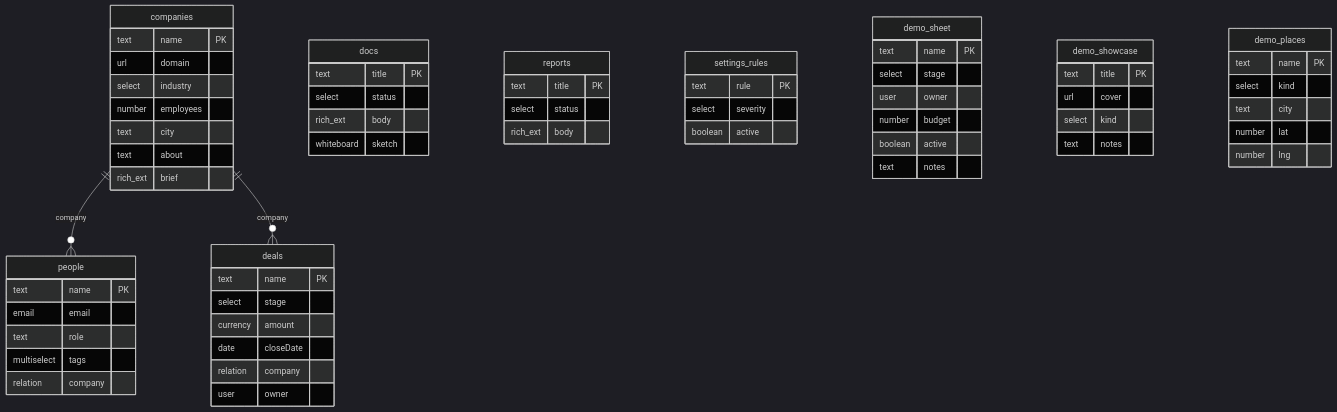
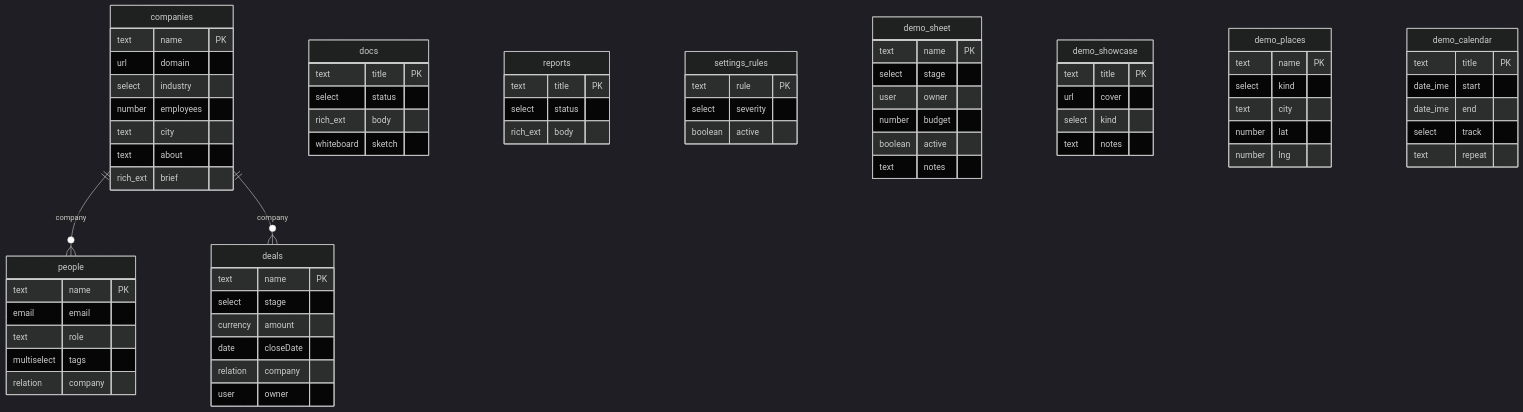
One commit to achammah/nexus-app-starter changed the diagram in docs/DATA-MODEL.md. Above: the diagram before and after it, drawn with Mermaid (dark theme). The commit also changed other lines of this file and 21 other files, not shown here.

````diff
--- a/docs/DATA-MODEL.md
+++ b/docs/DATA-MODEL.md
@@ -7,66 +7,73 @@
 ```mermaid
 erDiagram
   companies {
     text name "PK"
     url domain
     select industry
     number employees
     text city
     text about
     rich_ext brief
   }
   people {
     text name "PK"
     email email
     text role
     multiselect tags
     relation company
   }
   deals {
     text name "PK"
     select stage
     currency amount
     date closeDate
     relation company
     user owner
   }
   docs {
     text title "PK"
     select status
     rich_ext body
     whiteboard sketch
   }
   reports {
     text title "PK"
     select status
     rich_ext body
   }
   settings_rules {
     text rule "PK"
     select severity
     boolean active
   }
   demo_sheet {
     text name "PK"
     select stage
     user owner
     number budget
     boolean active
     text notes
   }
   demo_showcase {
     text title "PK"
     url cover
     select kind
     text notes
   }
   demo_places {
     text name "PK"
     select kind
     text city
     number lat
     number lng
   }
+  demo_calendar {
+    text title "PK"
+    date_ime start
+    date_ime end
+    select track
+    text repeat
+  }
   companies ||--o{ people : "company"
   companies ||--o{ deals : "company"
 ```
````
